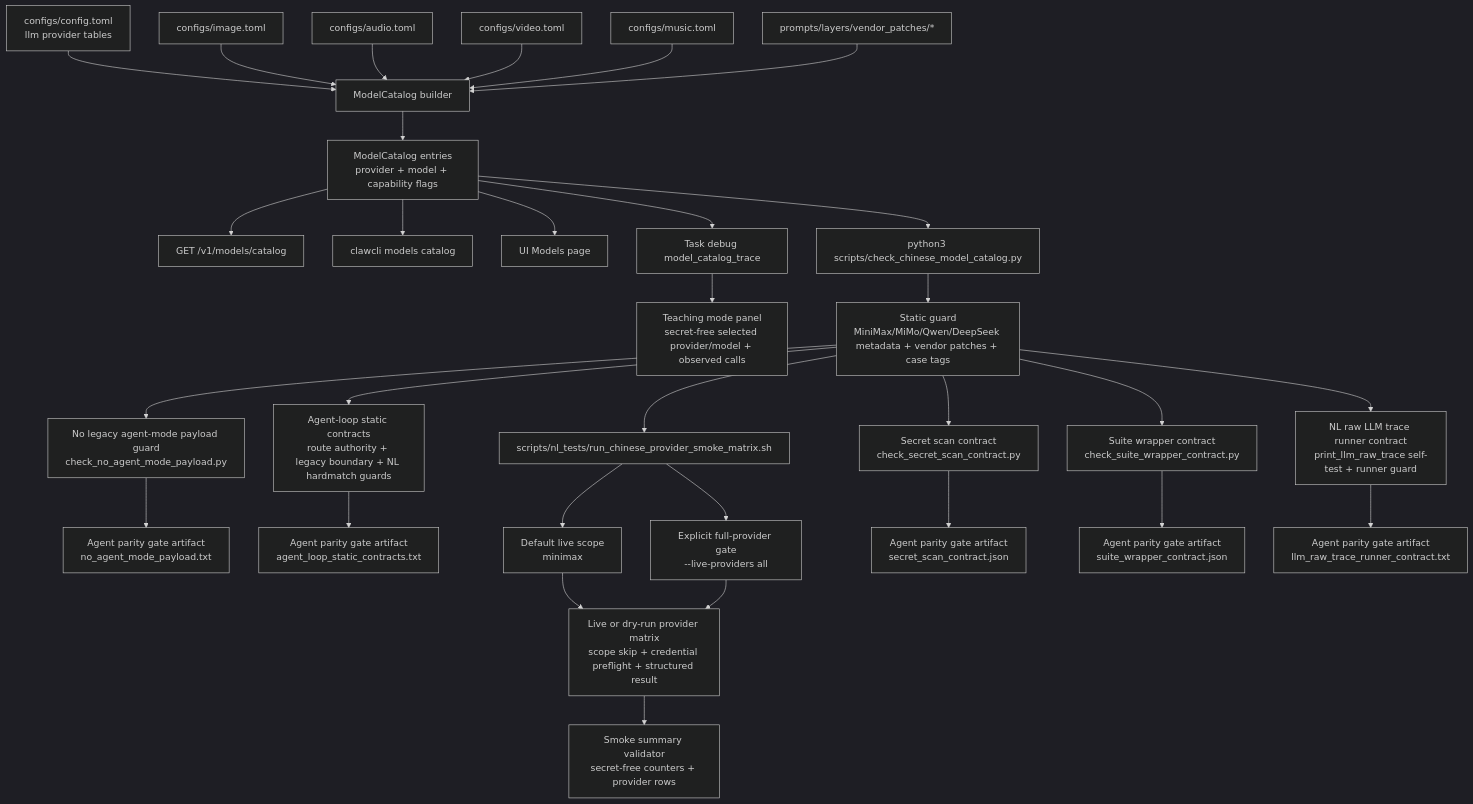
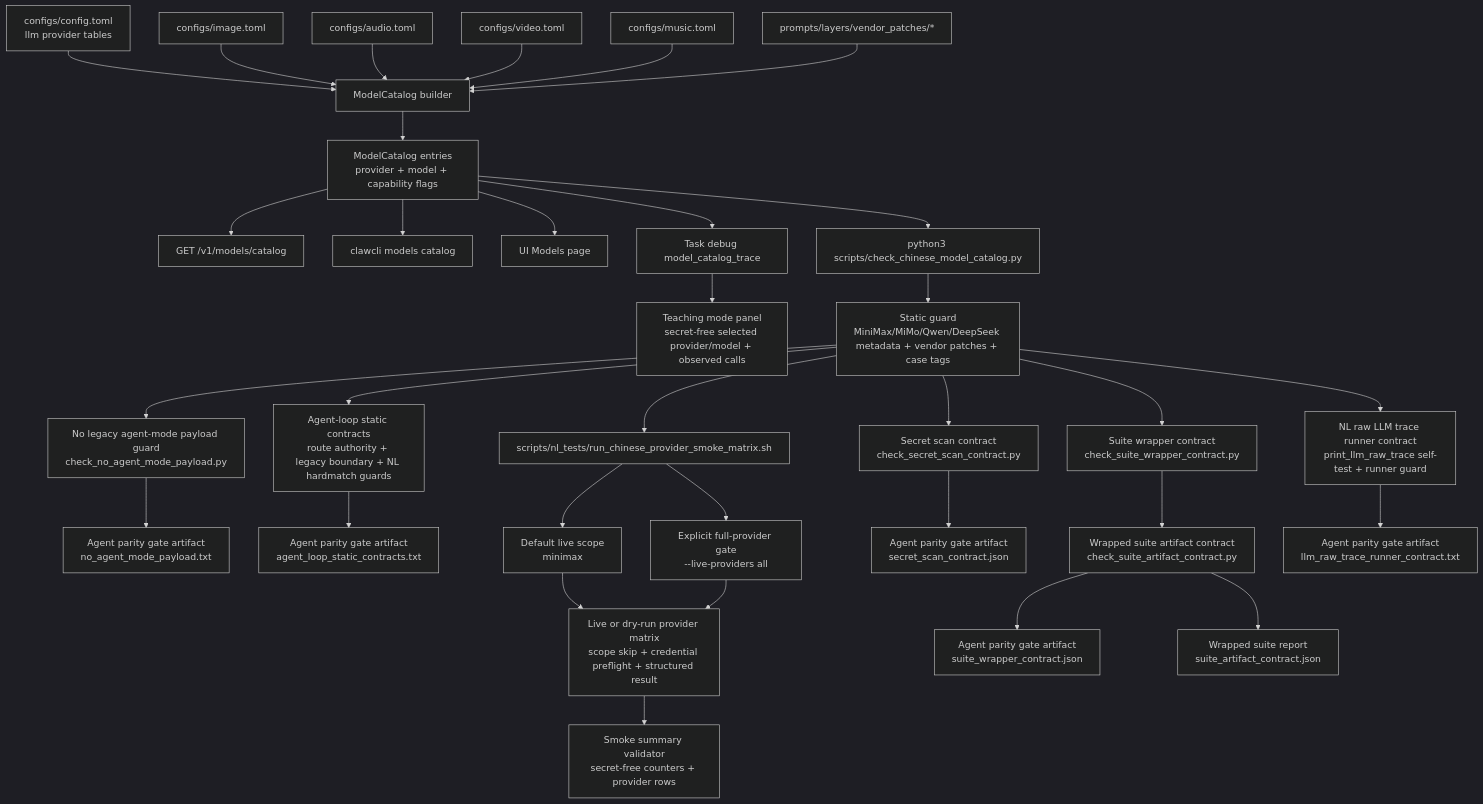
One commit to MatrixCoreX/RustClaw changed diagram 16 of 16 in README.md. Above: the diagram before and after it, drawn with Mermaid (dark theme). The commit also changed other lines of this file and 1 other file, not shown here.

Commit message:
Document and guard nested parity contracts

````diff
--- a/README.md
+++ b/README.md
@@ -744,33 +744,35 @@
 ```mermaid
 flowchart TD
     A[configs/config.toml<br/>llm provider tables] --> B[ModelCatalog builder]
     C[configs/image.toml] --> B
     D[configs/audio.toml] --> B
     E[configs/video.toml] --> B
     F[configs/music.toml] --> B
     G[prompts/layers/vendor_patches/*] --> B
     B --> H[ModelCatalog entries<br/>provider + model + capability flags]
     H --> I[GET /v1/models/catalog]
     H --> J[clawcli models catalog]
     H --> K[UI Models page]
     H --> L[Task debug model_catalog_trace]
     L --> M[Teaching mode panel<br/>secret-free selected provider/model + observed calls]
     H --> N[python3 scripts/check_chinese_model_catalog.py]
     N --> O[Static guard<br/>MiniMax/MiMo/Qwen/DeepSeek metadata + vendor patches + case tags]
     O --> AM[No legacy agent-mode payload guard<br/>check_no_agent_mode_payload.py]
     AM --> AA[Agent parity gate artifact<br/>no_agent_mode_payload.txt]
     O --> ALS[Agent-loop static contracts<br/>route authority + legacy boundary + NL hardmatch guards]
     ALS --> ALA[Agent parity gate artifact<br/>agent_loop_static_contracts.txt]
     O --> SC[Secret scan contract<br/>check_secret_scan_contract.py]
     O --> P[scripts/nl_tests/run_chinese_provider_smoke_matrix.sh]
     P --> PS[Default live scope<br/>minimax]
     PS --> Q[Live or dry-run provider matrix<br/>scope skip + credential preflight + structured result]
     P --> R[Explicit full-provider gate<br/>--live-providers all]
     R --> Q
     Q --> SV[Smoke summary validator<br/>secret-free counters + provider rows]
     SC --> AP[Agent parity gate artifact<br/>secret_scan_contract.json]
     O --> SW[Suite wrapper contract<br/>check_suite_wrapper_contract.py]
-    SW --> AW[Agent parity gate artifact<br/>suite_wrapper_contract.json]
+    SW --> SAC[Wrapped suite artifact contract<br/>check_suite_artifact_contract.py]
+    SAC --> AW[Agent parity gate artifact<br/>suite_wrapper_contract.json]
+    SAC --> SAR[Wrapped suite report<br/>suite_artifact_contract.json]
     O --> LT[NL raw LLM trace runner contract<br/>print_llm_raw_trace self-test + runner guard]
     LT --> AT[Agent parity gate artifact<br/>llm_raw_trace_runner_contract.txt]
 ```
````
